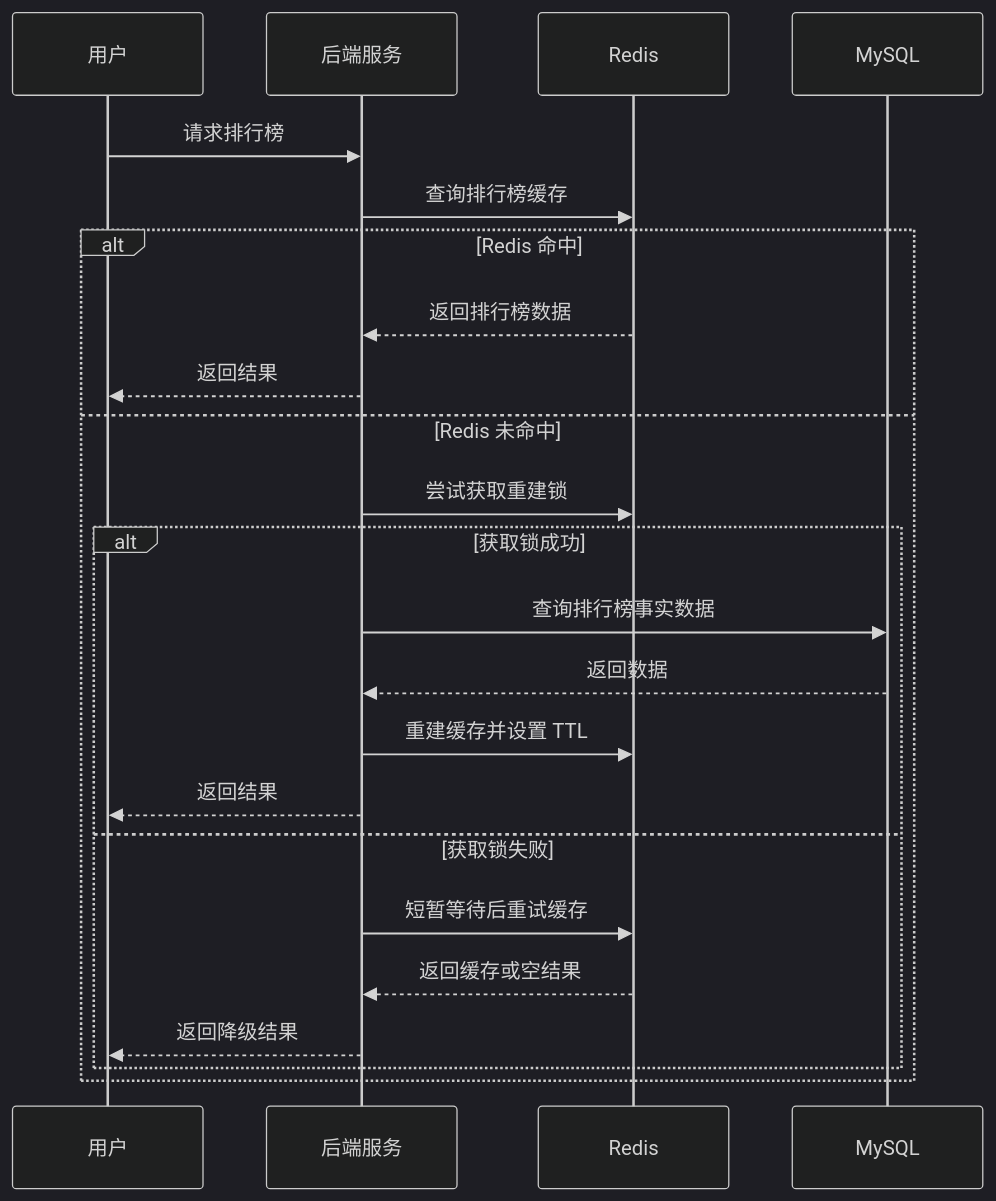
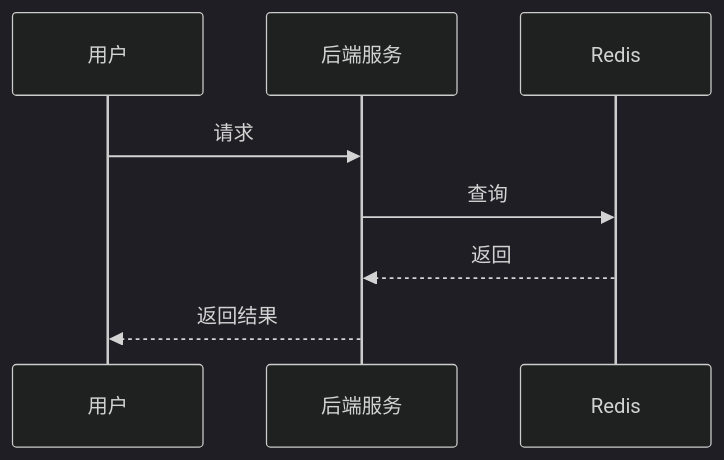
One commit to zdl20251023-pixel/agent-frame changed the first of 2 diagrams in docs/redis/008-redis知识点学习模板：证据标注版.md. Above: the diagram before and after it, drawn with Mermaid (dark theme). The commit also changed other lines of this file, not shown here.

````diff
--- a/docs/redis/008-redis知识点学习模板：证据标注版.md
+++ b/docs/redis/008-redis知识点学习模板：证据标注版.md
@@ -282,26 +748,11 @@
 ```mermaid
 sequenceDiagram
     participant User as 用户
     participant API as 后端服务
     participant Redis as Redis
-    participant MySQL as MySQL
 
-    User->>API: 请求排行榜
-    API->>Redis: 查询排行榜缓存
-    alt Redis 命中
-        Redis-->>API: 返回排行榜数据
-        API-->>User: 返回结果
-    else Redis 未命中
-        API->>Redis: 尝试获取重建锁
-        alt 获取锁成功
-            API->>MySQL: 查询排行榜事实数据
-            MySQL-->>API: 返回数据
-            API->>Redis: 重建缓存并设置 TTL
-            API-->>User: 返回结果
-        else 获取锁失败
-            API->>Redis: 短暂等待后重试缓存
-            Redis-->>API: 返回缓存或空结果
-            API-->>User: 返回降级结果
-        end
-    end
+    User->>API: 请求
+    API->>Redis: 查询
+    Redis-->>API: 返回
+    API-->>User: 返回结果
 ```
````
